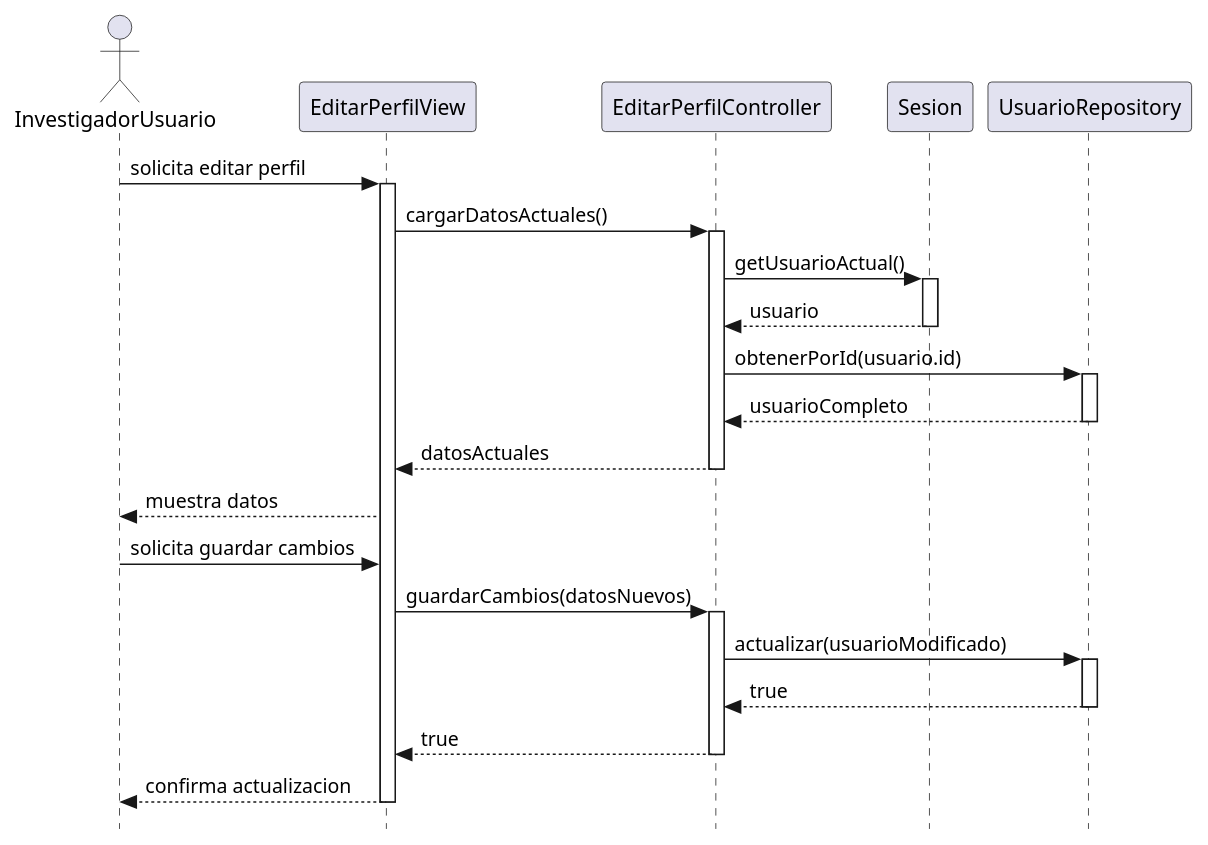
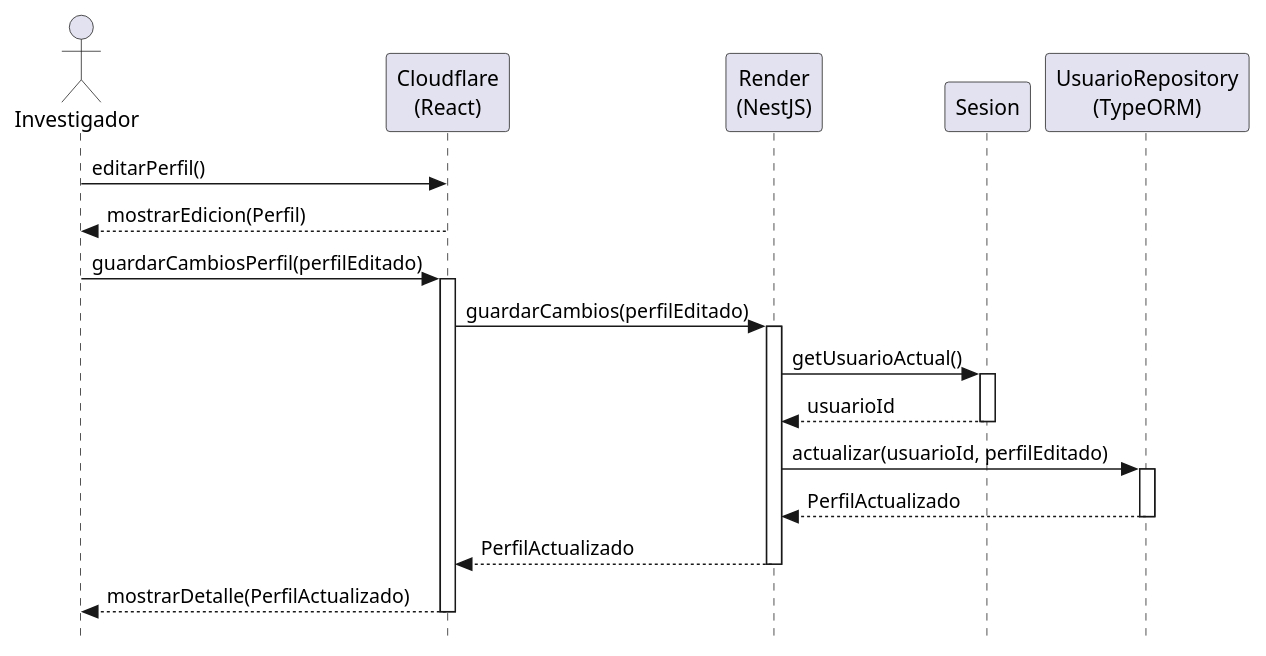
Before and after one commit to manuelmunoz8/25-26-idsw2-sdVC: the diagram in modelosUML/diseño/casosDeUsos/editarPerfil/editarPerfil.puml, drawn with PlantUML. The commit also changed 37 other files, not shown here.

Commit message:
fix: flujo y entidades de diagramas

```diff
--- a/modelosUML/diseño/casosDeUsos/editarPerfil/editarPerfil.puml
+++ b/modelosUML/diseño/casosDeUsos/editarPerfil/editarPerfil.puml
@@ -1,36 +1,40 @@
 @startuml editarPerfil
 skinparam style strictuml
+skinparam backgroundColor white
+skinparam shadowing false
 
-actor InvestigadorUsuario as User
-participant "EditarPerfilView" as View
-participant "EditarPerfilController" as Controller
+actor Investigador
+participant "Cloudflare\n(React)" as View
+participant "Render\n(NestJS)" as Controller
 participant "Sesion" as Sesion
-participant "UsuarioRepository" as Repository
+participant "UsuarioRepository\n(TypeORM)" as Repository
 
-User -> View: solicita editar perfil
+' Interacción puramente en el Frontend
+Investigador -> View: editarPerfil()
+View --> Investigador: mostrarEdicion(Perfil)
+
+' Flujo de Red (Guardar Cambios)
+Investigador -> View: guardarCambiosPerfil(perfilEditado)
 activate View
-View -> Controller: cargarDatosActuales()
+
+View -> Controller: guardarCambios(perfilEditado)
 activate Controller
+
+' Validación de seguridad para saber quién está editando
 Controller -> Sesion: getUsuarioActual()
 activate Sesion
-Sesion --> Controller: usuario
+Sesion --> Controller: usuarioId
 deactivate Sesion
-Controller -> Repository: obtenerPorId(usuario.id)
+
+Controller -> Repository: actualizar(usuarioId, perfilEditado)
 activate Repository
-Repository --> Controller: usuarioCompleto
+
+Repository --> Controller: PerfilActualizado
 deactivate Repository
-Controller --> View: datosActuales
+
+Controller --> View: PerfilActualizado
 deactivate Controller
-View --> User: muestra datos
-User -> View: solicita guardar cambios
-View -> Controller: guardarCambios(datosNuevos)
-activate Controller
-Controller -> Repository: actualizar(usuarioModificado)
-activate Repository
-Repository --> Controller: true
-deactivate Repository
-Controller --> View: true
-deactivate Controller
-View --> User: confirma actualizacion
+
+View --> Investigador: mostrarDetalle(PerfilActualizado)
 deactivate View
 @enduml
```
